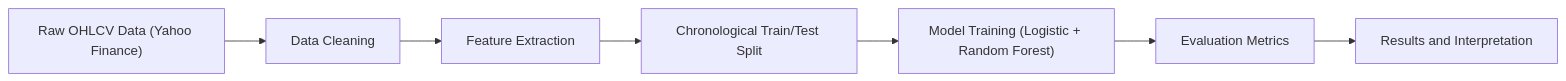
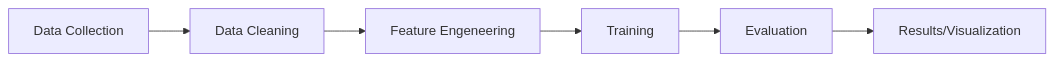
One commit to MarcoZengg/predicting-stock-direction changed the diagram in README.md. Above: the diagram before and after it, drawn with Mermaid. The commit also changed other lines of this file and 1 other file, not shown here.

````diff
--- a/README.md
+++ b/README.md
@@ -107,9 +95,8 @@
 ```mermaid
 flowchart LR
-  rawData["Raw OHLCV Data (Yahoo Finance)"] --> cleaning["Data Cleaning"]
-  cleaning --> features["Feature Extraction"]
-  features --> split["Chronological Train/Test Split"]
-  split --> models["Model Training (Logistic + Random Forest)"]
-  models --> metrics["Evaluation Metrics"]
-  metrics --> results["Results and Interpretation"]
+  data["Data Collection"] --> cleaning["Data Cleaning"]
+  cleaning --> features["Feature Engeneering"]
+  features --> models["Training"]
+  models --> evaluation["Evaluation"]
+  evaluation --> results["Results/Visualization"]
 ```
````
